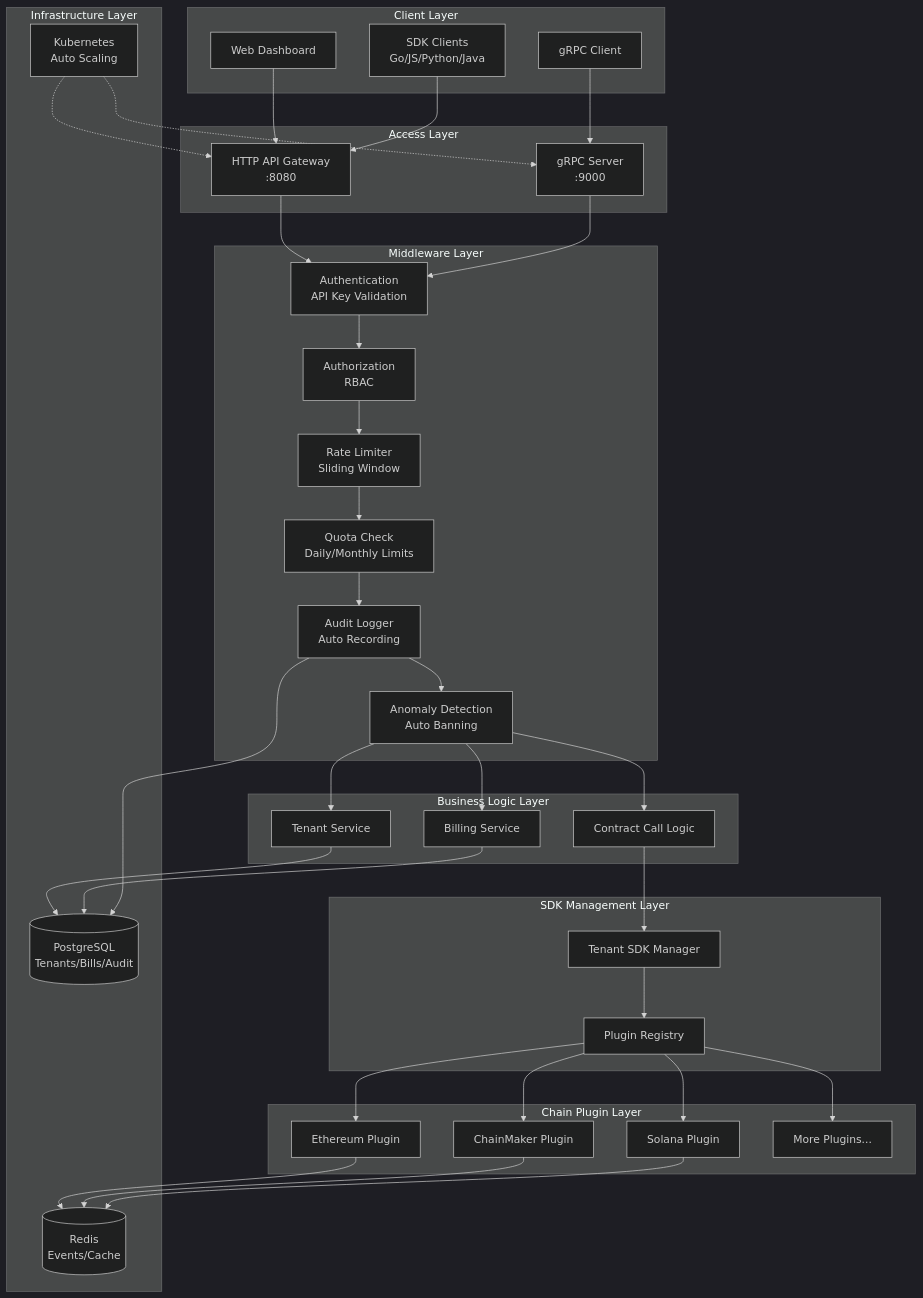
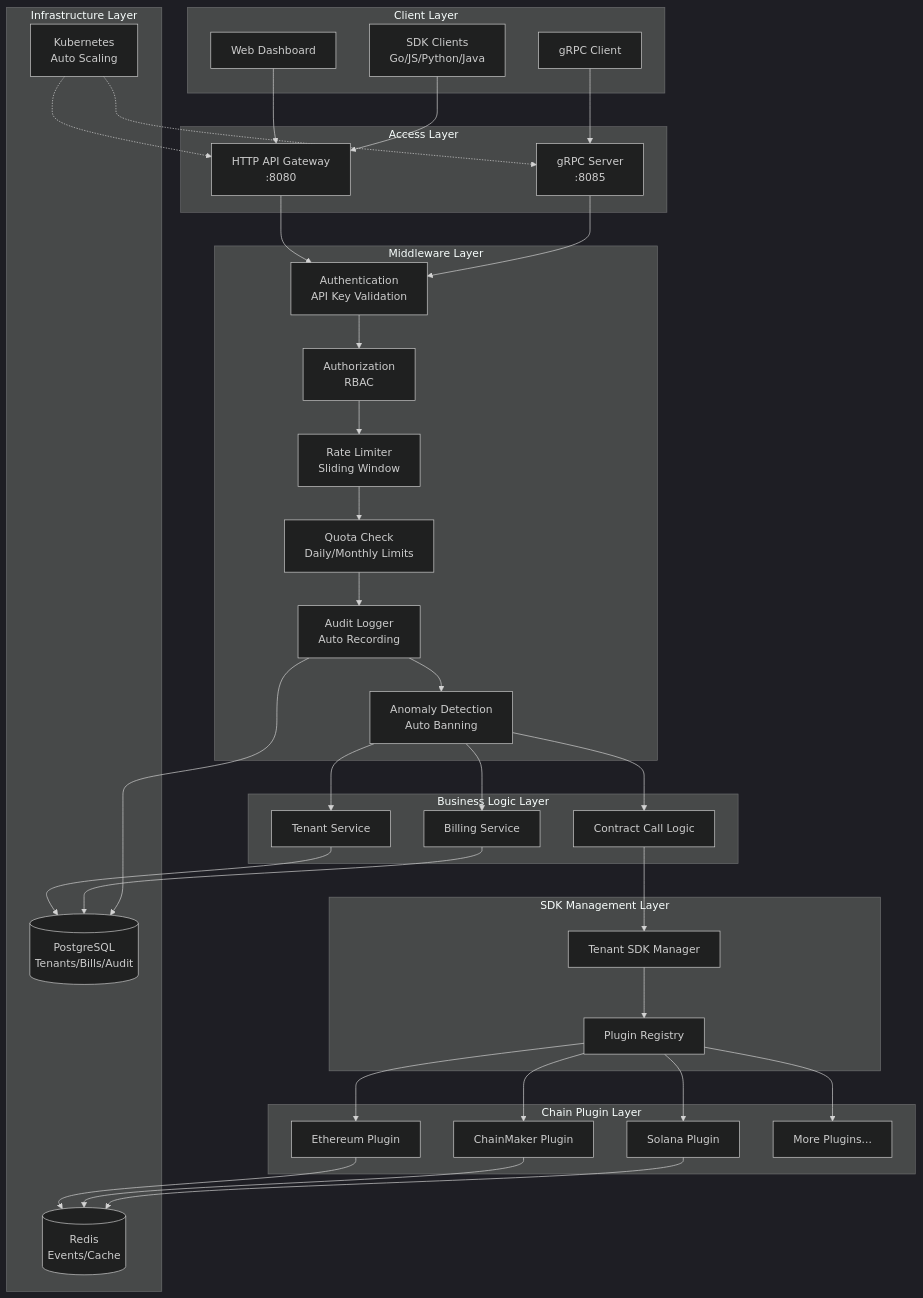
The first of 8 diagrams in doc/architecture_en.md (jackz-jones/blockchain-interactive-service), drawn with Mermaid (dark theme) before and after one commit. The commit also changed other lines of this file and 5 other files, not shown here.

````diff
--- a/doc/architecture_en.md
+++ b/doc/architecture_en.md
@@ -19,79 +19,79 @@
 ```mermaid
 graph TB
     subgraph "Client Layer"
         WebDashboard[Web Dashboard]
         SDKClient[SDK Clients<br/>Go/JS/Python/Java]
         GRPCClient[gRPC Client]
     end
 
     subgraph "Access Layer"
         HTTPGateway[HTTP API Gateway<br/>:8080]
-        GRPCServer[gRPC Server<br/>:9000]
+        GRPCServer[gRPC Server<br/>:8085]
     end
 
     subgraph "Middleware Layer"
         Auth[Authentication<br/>API Key Validation]
         RBAC[Authorization<br/>RBAC]
         RateLimit[Rate Limiter<br/>Sliding Window]
         Quota[Quota Check<br/>Daily/Monthly Limits]
         Audit[Audit Logger<br/>Auto Recording]
         Anomaly[Anomaly Detection<br/>Auto Banning]
     end
 
     subgraph "Business Logic Layer"
         TenantSvc[Tenant Service]
         BillingSvc[Billing Service]
         Logic[Contract Call Logic]
     end
 
     subgraph "SDK Management Layer"
         TenantSDKMgr[Tenant SDK Manager]
         PluginRegistry[Plugin Registry]
     end
 
     subgraph "Chain Plugin Layer"
         EthPlugin[Ethereum Plugin]
         CMPlugin[ChainMaker Plugin]
         SolPlugin[Solana Plugin]
         MorePlugin[More Plugins...]
     end
 
     subgraph "Infrastructure Layer"
         PostgreSQL[(PostgreSQL<br/>Tenants/Bills/Audit)]
         Redis[(Redis<br/>Events/Cache)]
         K8s[Kubernetes<br/>Auto Scaling]
     end
 
     WebDashboard --> HTTPGateway
     SDKClient --> HTTPGateway
     GRPCClient --> GRPCServer
 
     HTTPGateway --> Auth
     GRPCServer --> Auth
     Auth --> RBAC
     RBAC --> RateLimit
     RateLimit --> Quota
     Quota --> Audit
     Audit --> Anomaly
 
     Anomaly --> TenantSvc
     Anomaly --> BillingSvc
     Anomaly --> Logic
 
     Logic --> TenantSDKMgr
     TenantSDKMgr --> PluginRegistry
 
     PluginRegistry --> EthPlugin
     PluginRegistry --> CMPlugin
     PluginRegistry --> SolPlugin
     PluginRegistry --> MorePlugin
 
     TenantSvc --> PostgreSQL
     BillingSvc --> PostgreSQL
     Audit --> PostgreSQL
     EthPlugin --> Redis
     CMPlugin --> Redis
     SolPlugin --> Redis
     K8s -.-> GRPCServer
     K8s -.-> HTTPGateway
 ```
````
